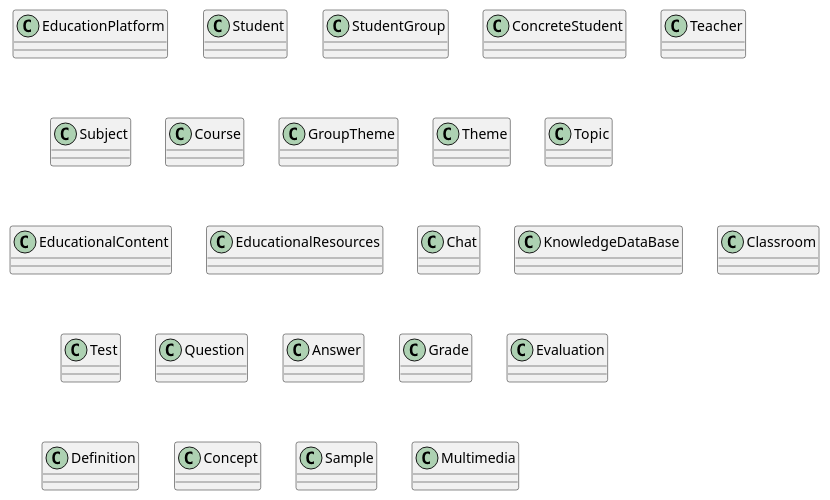
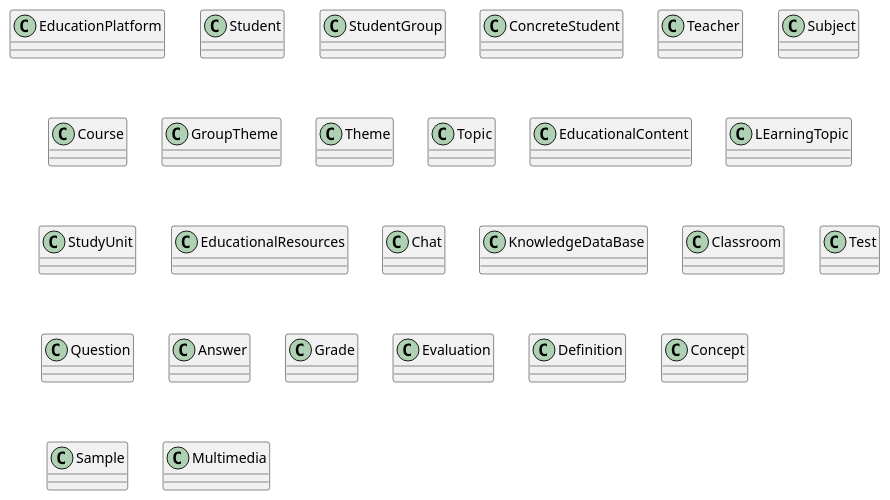
One commit to jumpering/lab-turing changed the diagram in src/EducationPlatformVocabulary.puml. Above: the diagram before and after it, drawn with PlantUML. The commit also changed 3 other files, not shown here.

```diff
--- a/src/EducationPlatformVocabulary.puml
+++ b/src/EducationPlatformVocabulary.puml
@@ -1,35 +1,37 @@
 @startuml EducationPlatformVocabulary
 class EducationPlatform
 
 class Student
 class StudentGroup
 class ConcreteStudent
 class Teacher
 
 'ojo diferentes nomenclaturas:  materia, tema, clase, etc
 class Subject
 class Course
 class GroupTheme
 class Theme
 class Topic
 class EducationalContent
+class LEarningTopic
+class StudyUnit
 
 
 class EducationalResources
 class Chat
 class KnowledgeDataBase
 class Classroom
 
 class Test
 class Question
 class Answer
 class Grade
 class Evaluation
 
 class Definition
 class Concept
 
 class Sample
 
 class Multimedia
 @enduml
```
